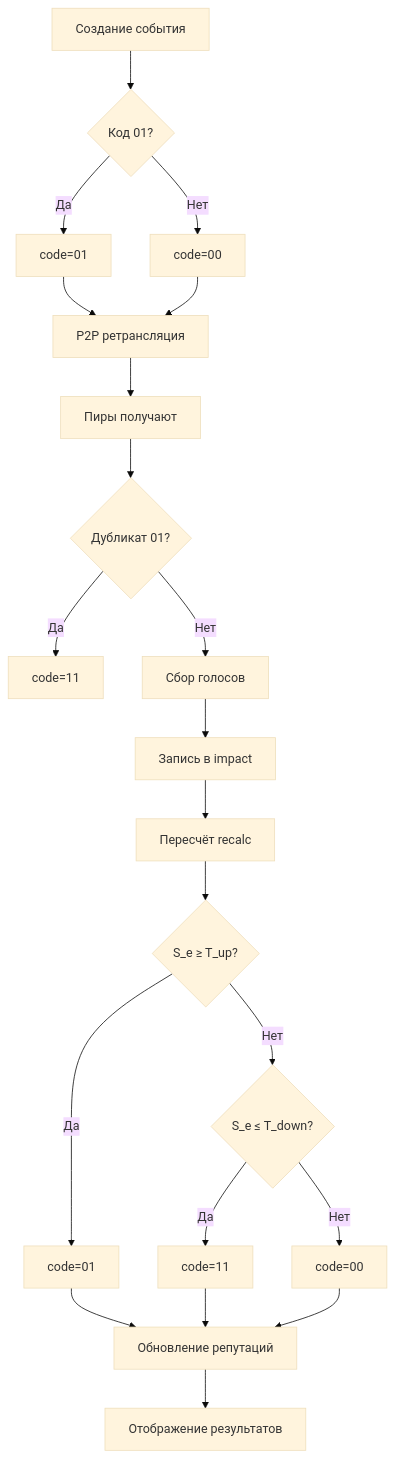
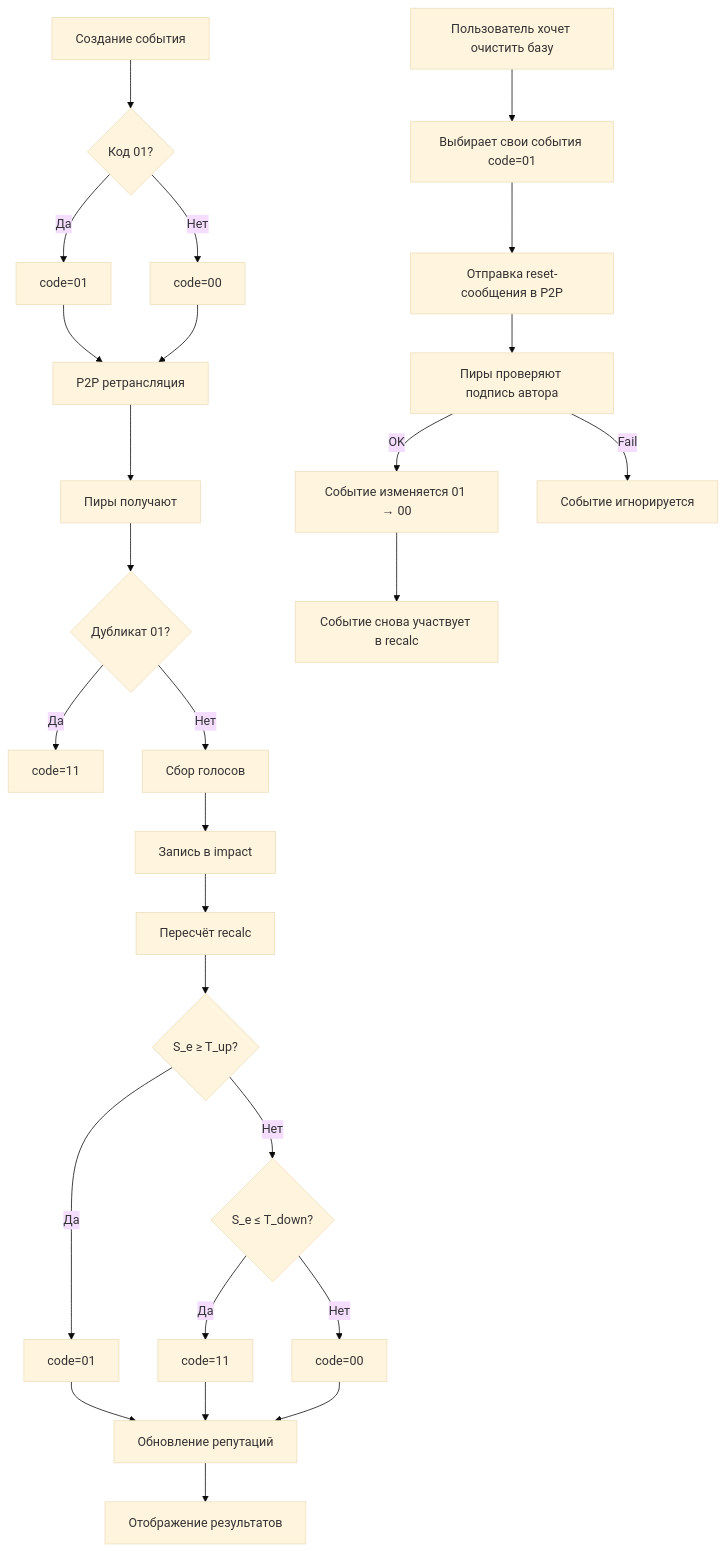
The diagram in docs/event_rating_protocol.md (ekwator/truth-training), drawn with Mermaid (base theme) before and after one commit.

````diff
--- a/docs/event_rating_protocol.md
+++ b/docs/event_rating_protocol.md
@@ -192,29 +192,35 @@
 ```mermaid
 flowchart TD
     A[Создание события] --> B{Код 01?}
     B -->|Да| C[code=01]
     B -->|Нет| D[code=00]
     
     C --> E[P2P ретрансляция]
     D --> E
     
     E --> F[Пиры получают]
     F --> G{Дубликат 01?}
     G -->|Да| H[code=11]
     G -->|Нет| I[Сбор голосов]
     
     I --> J[Запись в impact]
     J --> K[Пересчёт recalc]
     
     K --> L{S_e ≥ T_up?}
     L -->|Да| M[code=01]
     L -->|Нет| N{S_e ≤ T_down?}
     N -->|Да| O[code=11]
     N -->|Нет| P[code=00]
     
     M --> Q[Обновление репутаций]
     O --> Q
     P --> Q
     
     Q --> R[Отображение результатов]
+ X[Пользователь хочет очистить базу] --> Y[Выбирает свои события code=01]
+    Y --> Z[Отправка reset-сообщения в P2P]
+    Z --> AA[Пиры проверяют подпись автора]
+    AA -->|OK| BB[Событие изменяется 01 → 00]
+    AA -->|Fail| CC[Событие игнорируется]
+    BB --> DD[Событие снова участвует в recalc]
 ```
````
